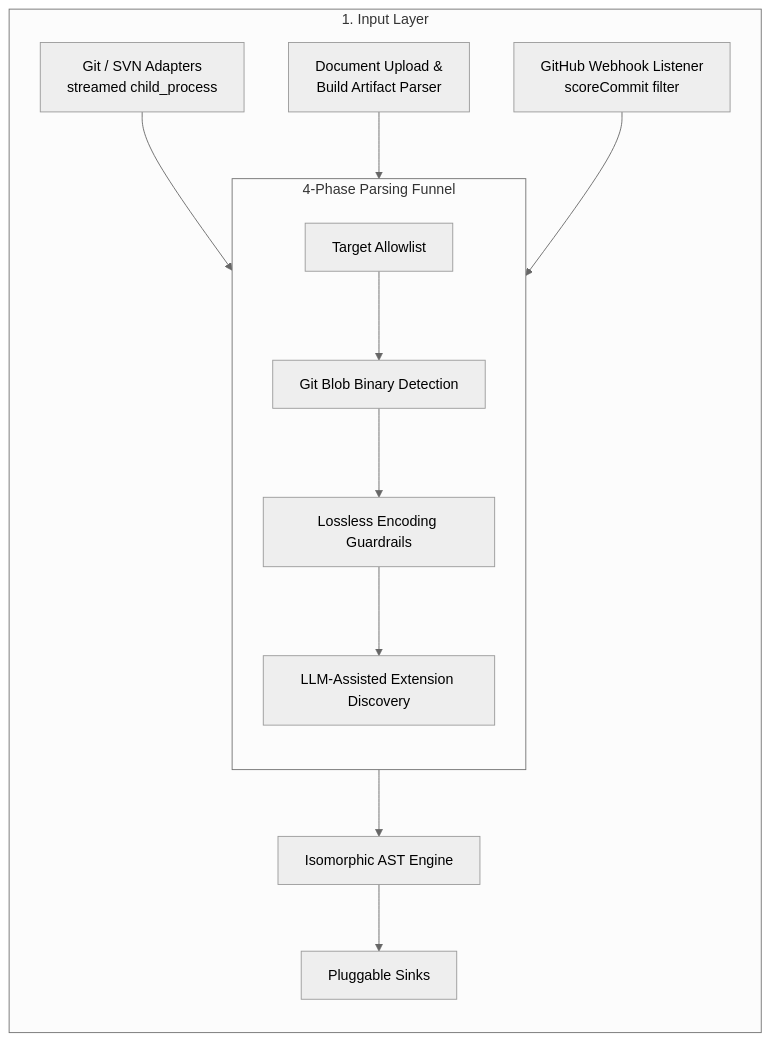
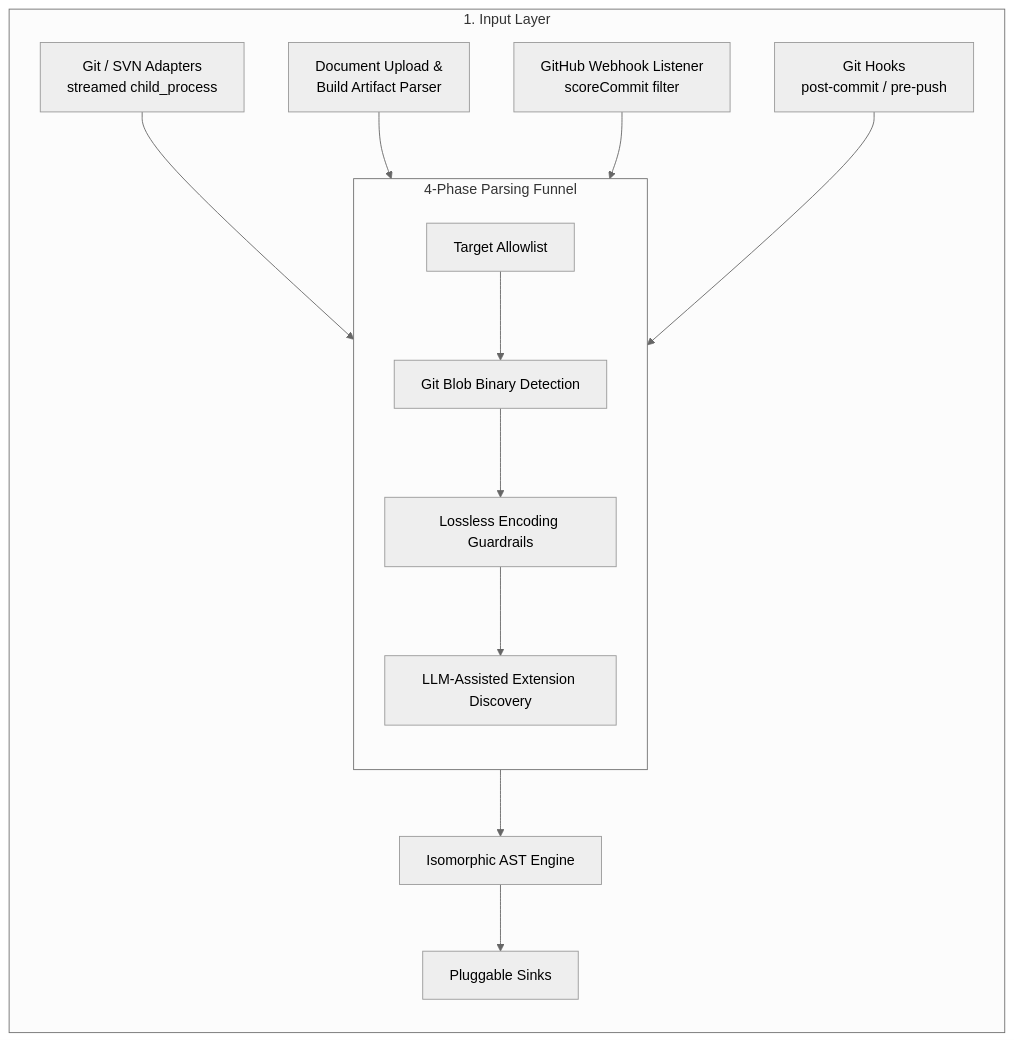
Before and after one commit to dyphn1/Docuvia: the second of 6 diagrams in docs/design/04-solution-strategy.md, drawn with Mermaid (neutral theme). The commit also changed other lines of this file, not shown here.

Commit message:
docs(design): update solution strategy to reflect CQRS and Git event sourcing

````diff
--- a/docs/design/04-solution-strategy.md
+++ b/docs/design/04-solution-strategy.md
@@ -39,23 +39,25 @@
    ```mermaid
    flowchart LR
        subgraph 1. Input Layer
            direction TB
            GIT[Git / SVN Adapters<br/>streamed child_process]
            DOC[Document Upload &<br/>Build Artifact Parser]
            GH[GitHub Webhook Listener<br/>scoreCommit filter]
+           HOOK[Git Hooks<br/>post-commit / pre-push]
 
            subgraph 4-Phase Parsing Funnel
                direction TB
                P1[Target Allowlist] --> P2[Git Blob Binary Detection]
                P2 --> P3[Lossless Encoding Guardrails]
                P3 --> P4[LLM-Assisted Extension Discovery]
            end
 
            GIT --> P1
            DOC --> P1
            GH --> P1
+           HOOK --> P1
 
            P4 --> AST[Isomorphic AST Engine]
            AST --> SINK[Pluggable Sinks]
        end
    ```
````
